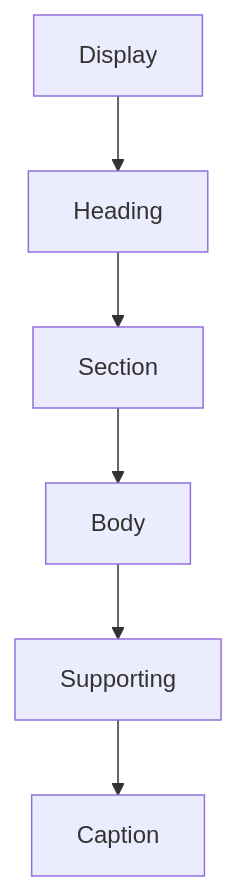
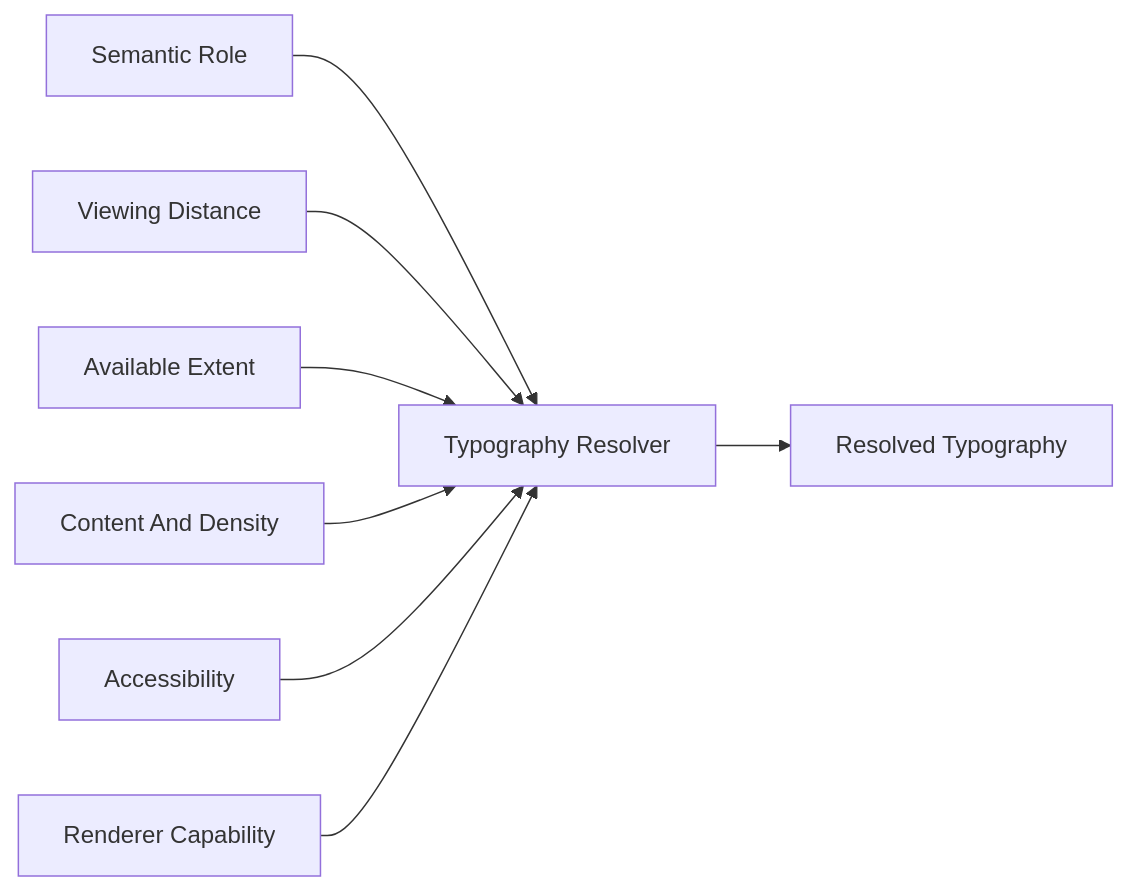
One commit to mosaic-media/mosaic-architecture changed the diagram in docs/design/system/mds-004-typography-system/06-responsive-typography.md. Above: the diagram before and after it, drawn with Mermaid. The commit also changed other lines of this file and 13 other files, not shown here.

````diff
--- a/docs/design/system/mds-004-typography-system/06-responsive-typography.md
+++ b/docs/design/system/mds-004-typography-system/06-responsive-typography.md
@@ -186,16 +38,11 @@
 ```mermaid
-flowchart TD
+flowchart LR
 
-N1["Display"]
-N2["Heading"]
-N3["Section"]
-N4["Body"]
-N5["Supporting"]
-N6["Caption"]
-
-N1 --> N2
-N2 --> N3
-N3 --> N4
-N4 --> N5
-N5 --> N6
+R["Semantic Role"] --> T["Typography Resolver"]
+V["Viewing Distance"] --> T
+E["Available Extent"] --> T
+C["Content And Density"] --> T
+A["Accessibility"] --> T
+P["Renderer Capability"] --> T
+T --> O["Resolved Typography"]
 ```
````
